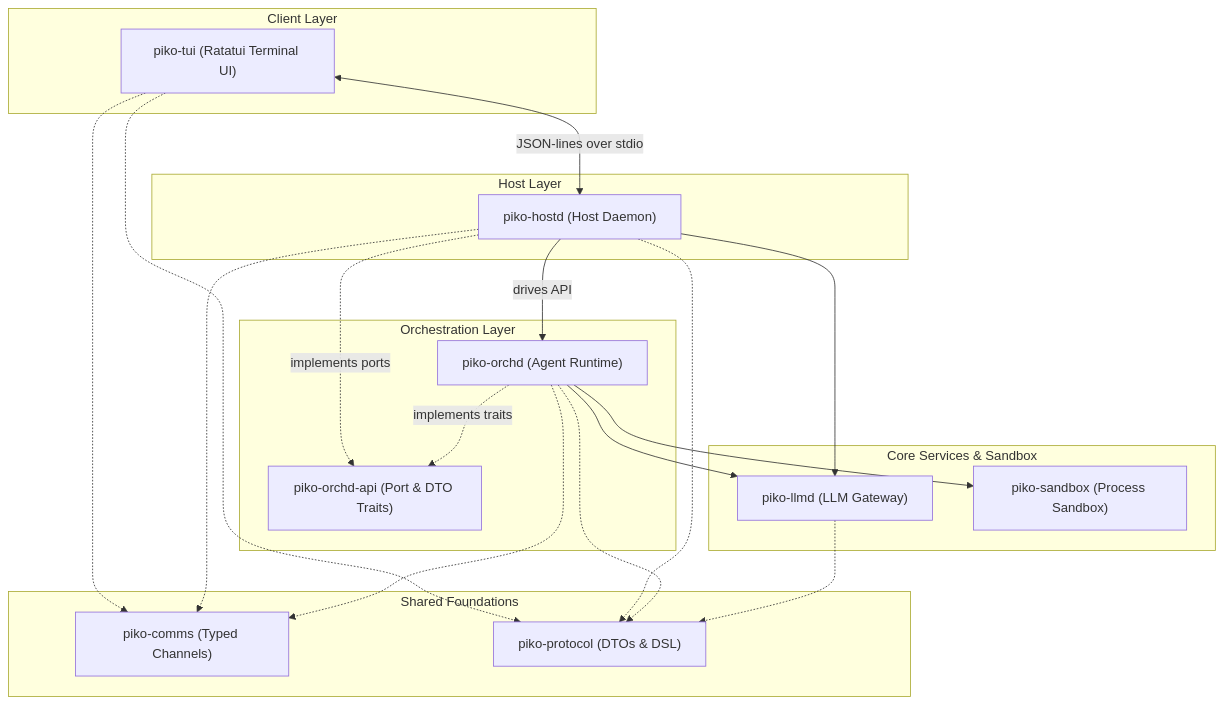
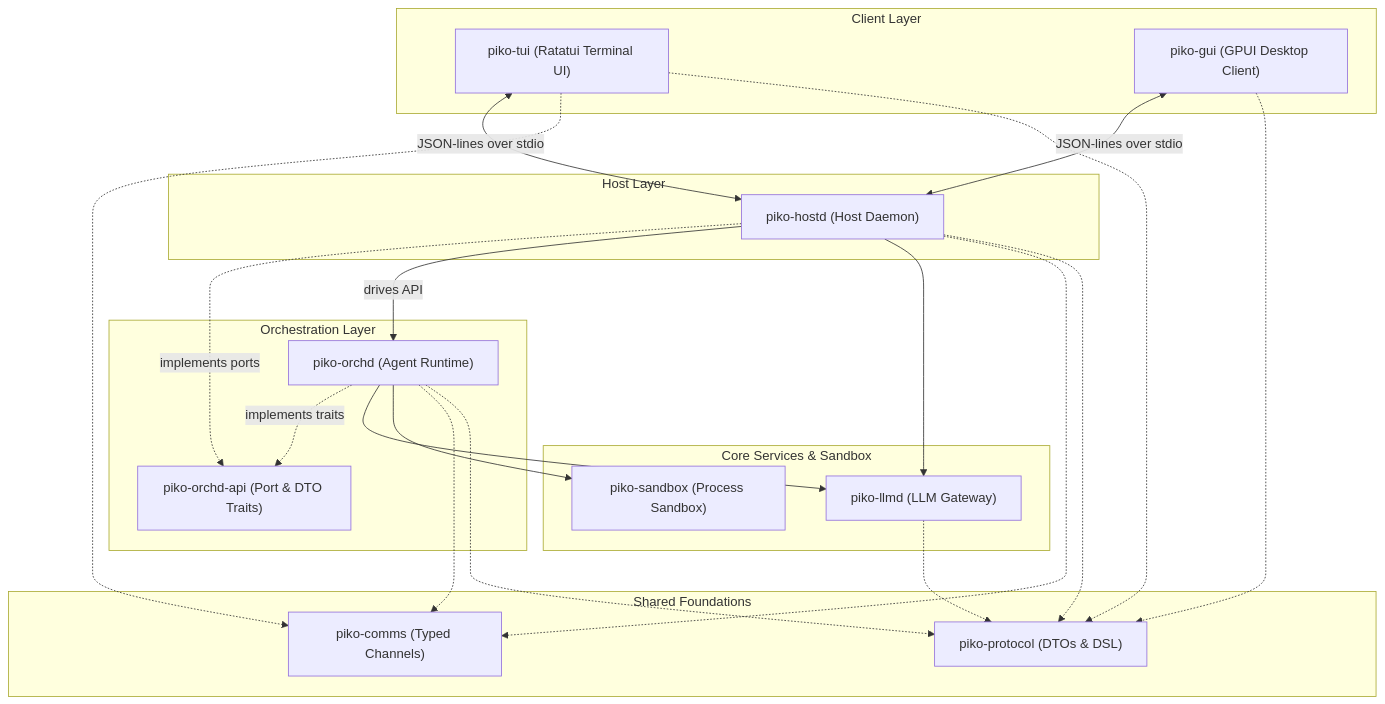
Before and after one commit to biuld/piko: the diagram in README.md, drawn with Mermaid. The commit also changed other lines of this file and 1 other file, not shown here.

````diff
--- a/README.md
+++ b/README.md
@@ -9,44 +11,47 @@
 ```mermaid
 graph TD
     subgraph Client Layer
         TUI["piko-tui (Ratatui Terminal UI)"]
+        GUI["piko-gui (GPUI Desktop Client)"]
     end
 
     subgraph Host Layer
         Hostd["piko-hostd (Host Daemon)"]
     end
 
     subgraph Orchestration Layer
         OrchdApi["piko-orchd-api (Port & DTO Traits)"]
         Orchd["piko-orchd (Agent Runtime)"]
     end
 
     subgraph Core Services & Sandbox
         LLMd["piko-llmd (LLM Gateway)"]
         Sandbox["piko-sandbox (Process Sandbox)"]
     end
 
     subgraph Shared Foundations
         Comms["piko-comms (Typed Channels)"]
         Protocol["piko-protocol (DTOs & DSL)"]
     end
 
     %% Flow of control
     TUI <-->|JSON-lines over stdio| Hostd
+    GUI <-->|JSON-lines over stdio| Hostd
     Hostd -.->|implements ports| OrchdApi
     Orchd -.->|implements traits| OrchdApi
     Hostd -->|drives API| Orchd
     Orchd --> LLMd
     Hostd --> LLMd
     Orchd --> Sandbox
 
     %% Core dependencies
     TUI -.-> Comms
     Hostd -.-> Comms
     Orchd -.-> Comms
 
     TUI -.-> Protocol
+    GUI -.-> Protocol
     Hostd -.-> Protocol
     Orchd -.-> Protocol
     LLMd -.-> Protocol
 ```
````
